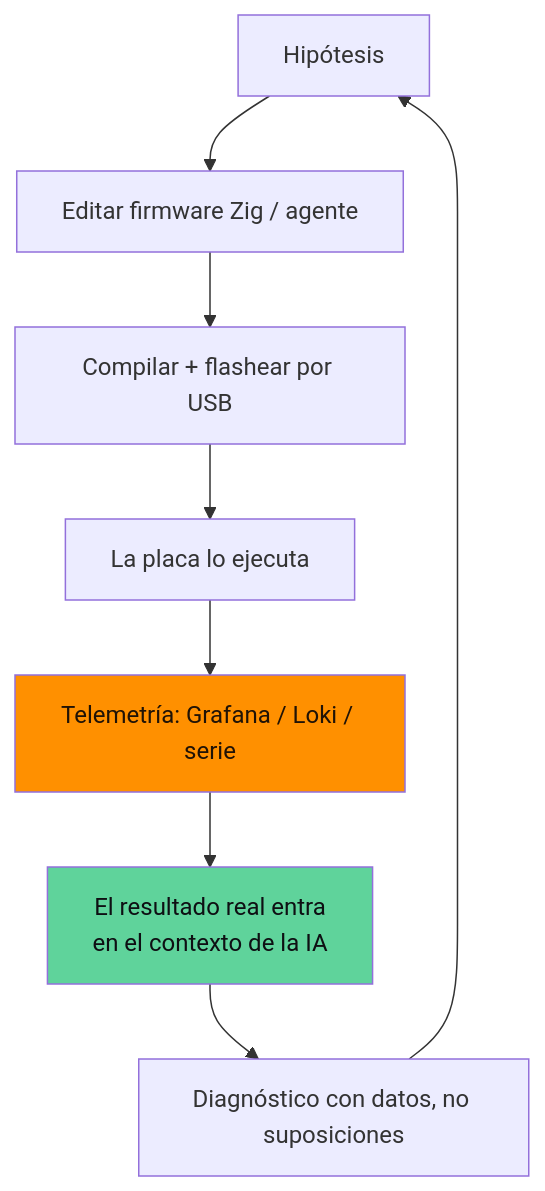
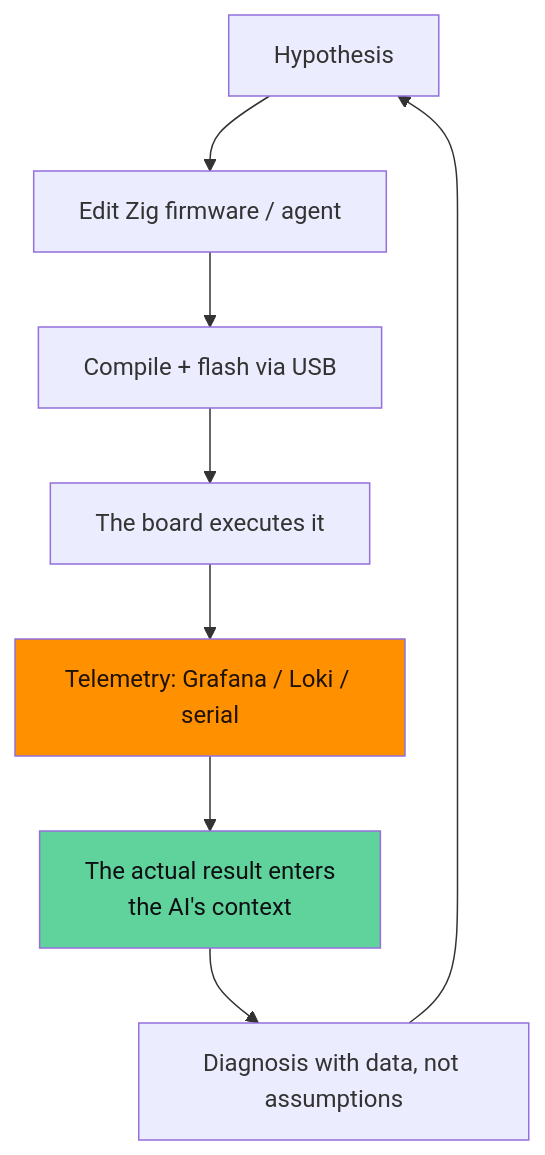
The second of 3 diagrams in blog-3-desarrollo-con-ia-y-telemetria.md (Zetesis-Labs/Sebastian), drawn with Mermaid before and after one commit. The commit also changed other lines of this file and 31 other files, not shown here.

````diff
--- a/blog-3-desarrollo-con-ia-y-telemetria.md
+++ b/blog-3-desarrollo-con-ia-y-telemetria.md
@@ -53,12 +53,12 @@
 ```mermaid
 flowchart TD
-    H[Hipótesis] --> C[Editar firmware Zig / agente]
-    C --> F[Compilar + flashear por USB]
-    F --> R[La placa lo ejecuta]
-    R --> T[Telemetría: Grafana / Loki / serie]
-    T --> CTX[El resultado real entra<br/>en el contexto de la IA]
-    CTX --> D[Diagnóstico con datos, no suposiciones]
+    H[Hypothesis] --> C[Edit Zig firmware / agent]
+    C --> F[Compile + flash via USB]
+    F --> R[The board executes it]
+    R --> T[Telemetry: Grafana / Loki / serial]
+    T --> CTX[The actual result enters<br/>the AI's context]
+    CTX --> D[Diagnosis with data, not assumptions]
     D --> H
     style CTX fill:#5fd39b,color:#0e0f13
     style T fill:#ff9000,color:#201306
 ```
````
